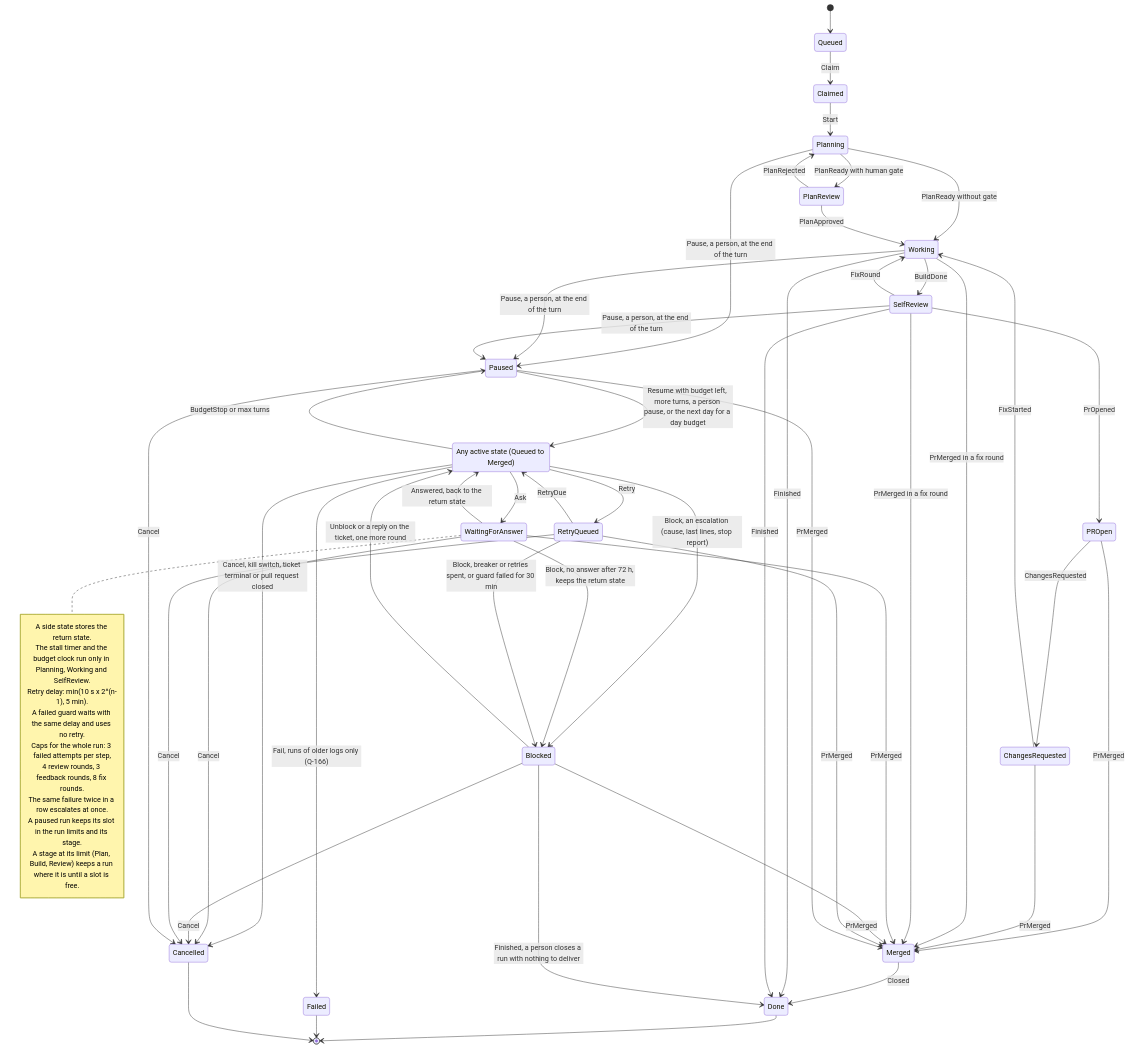
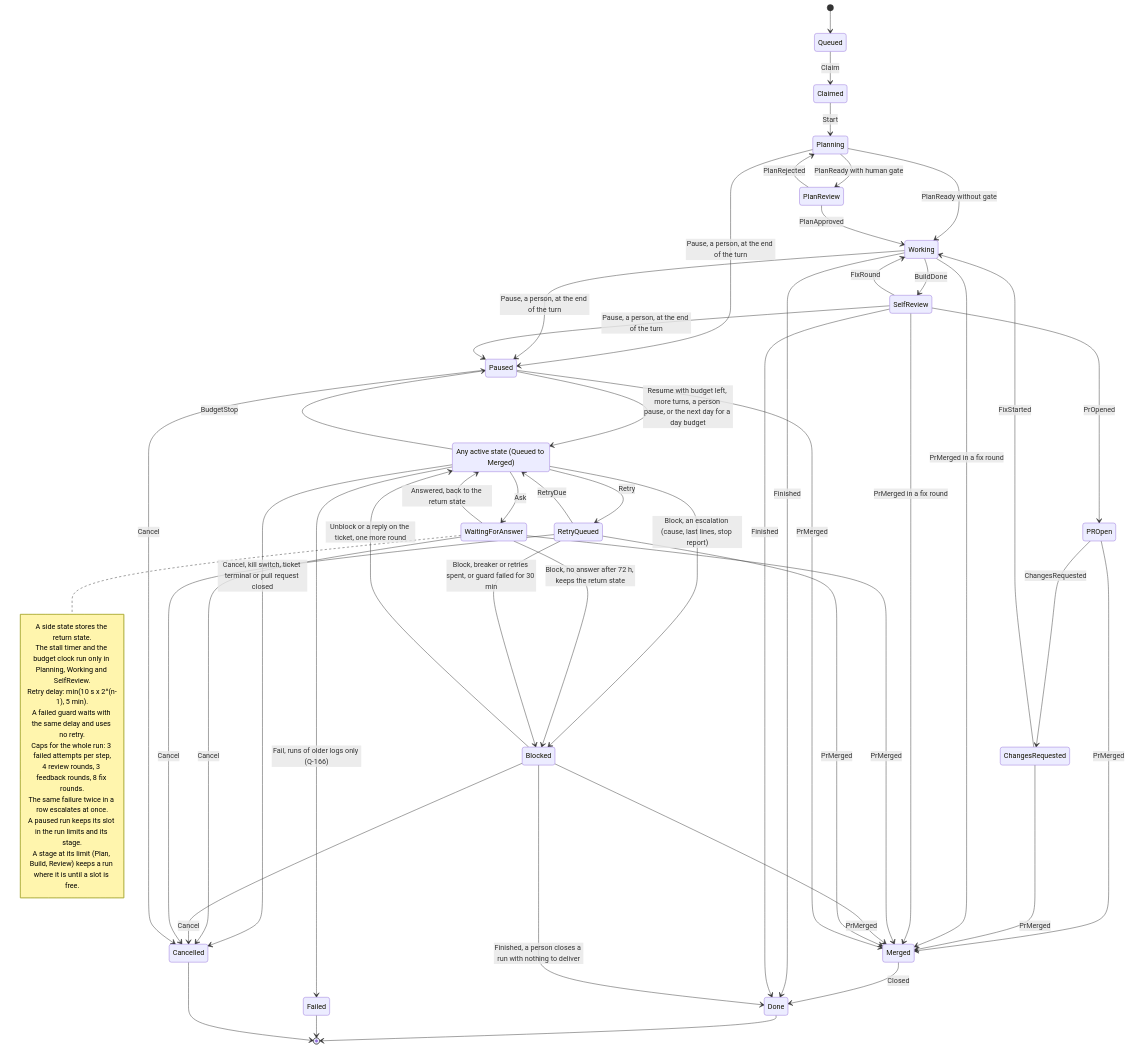
The diagram in docs/diagrams/run-state-machine.mmd (me-cedric/Shipyard), drawn with Mermaid before and after one commit. The commit also changed 46 other files, not shown here.

```diff
--- a/docs/diagrams/run-state-machine.mmd
+++ b/docs/diagrams/run-state-machine.mmd
@@ -1,63 +1,63 @@
 stateDiagram-v2
   %% Source: crates/shipyard-core/src/run.rs, Run::apply (the one transition table).
   [*] --> Queued
   Queued --> Claimed: Claim
   Claimed --> Planning: Start
   Planning --> PlanReview: PlanReady with human gate
   Planning --> Working: PlanReady without gate
   PlanReview --> Working: PlanApproved
   PlanReview --> Planning: PlanRejected
   Working --> SelfReview: BuildDone
   SelfReview --> Working: FixRound
   SelfReview --> PROpen: PrOpened
   PROpen --> ChangesRequested: ChangesRequested
   ChangesRequested --> Working: FixStarted
   PROpen --> Merged: PrMerged
   ChangesRequested --> Merged: PrMerged
   Working --> Merged: PrMerged in a fix round
   SelfReview --> Merged: PrMerged in a fix round
   Merged --> Done: Closed
   Working --> Done: Finished
   SelfReview --> Done: Finished
 
   state "Any active state (Queued to Merged)" as Active
   Active --> WaitingForAnswer: Ask
   Active --> Blocked: Block, an escalation (cause, last lines, stop report)
   Active --> RetryQueued: Retry
-  Active --> Paused: BudgetStop or max turns
+  Active --> Paused: BudgetStop
   Planning --> Paused: Pause, a person, at the end of the turn
   Working --> Paused: Pause, a person, at the end of the turn
   SelfReview --> Paused: Pause, a person, at the end of the turn
   Active --> Failed: Fail, runs of older logs only (Q-166)
   WaitingForAnswer --> Active: Answered, back to the return state
   WaitingForAnswer --> Blocked: Block, no answer after 72 h, keeps the return state
   RetryQueued --> Blocked: Block, breaker or retries spent, or guard failed for 30 min
   Blocked --> Active: Unblock or a reply on the ticket, one more round
   Blocked --> Done: Finished, a person closes a run with nothing to deliver
   RetryQueued --> Active: RetryDue
   Paused --> Active: Resume with budget left, more turns, a person pause, or the next day for a day budget
   WaitingForAnswer --> Merged: PrMerged
   Blocked --> Merged: PrMerged
   RetryQueued --> Merged: PrMerged
   Paused --> Merged: PrMerged
   Active --> Cancelled: Cancel, kill switch, ticket terminal or pull request closed
   WaitingForAnswer --> Cancelled: Cancel
   Blocked --> Cancelled: Cancel
   RetryQueued --> Cancelled: Cancel
   Paused --> Cancelled: Cancel
 
   Done --> [*]
   Failed --> [*]
   Cancelled --> [*]
 
   note right of WaitingForAnswer
     A side state stores the return state.
     The stall timer and the budget clock run only in Planning, Working and SelfReview.
     Retry delay: min(10 s x 2^(n-1), 5 min).
     A failed guard waits with the same delay and uses no retry.
     Caps for the whole run: 3 failed attempts per step,
     4 review rounds, 3 feedback rounds, 8 fix rounds.
     The same failure twice in a row escalates at once.
     A paused run keeps its slot in the run limits and its stage.
     A stage at its limit (Plan, Build, Review) keeps a run where it is until a slot is free.
   end note
```
